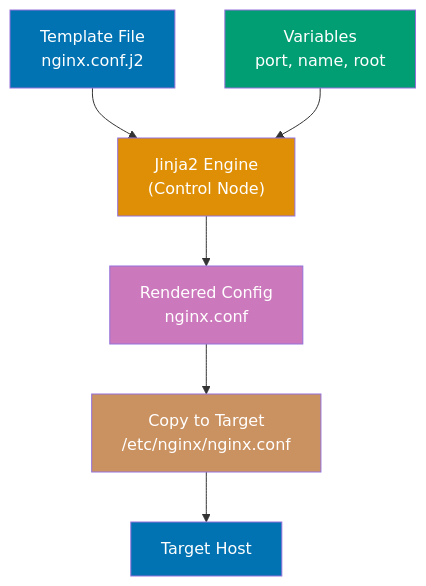
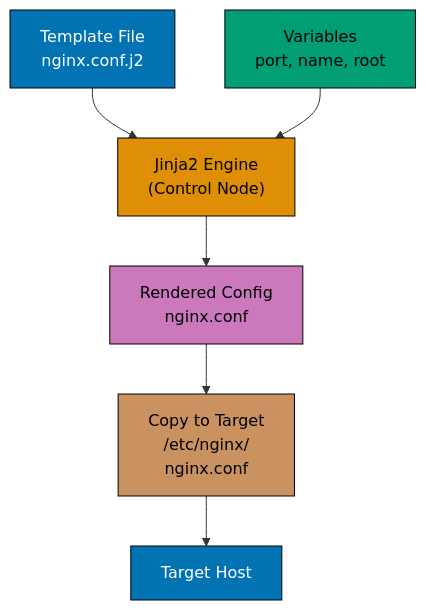
One commit to wahidyankf/ose-public changed the fifth of 8 diagrams in apps/ayokoding-www/content/en/learn/legacy/software-engineering/infrastructure/tools/ansible/by-example/beginner.md. Above: the diagram before and after it, drawn with Mermaid. The commit also changed other lines of this file and 131 other files, not shown here.

First line of the commit message:
fix(mermaid): bring the legacy data, infrastructure, and testing diagrams onto the accessible palette

````diff
--- a/apps/ayokoding-www/content/en/learn/legacy/software-engineering/infrastructure/tools/ansible/by-example/beginner.md
+++ b/apps/ayokoding-www/content/en/learn/legacy/software-engineering/infrastructure/tools/ansible/by-example/beginner.md
@@ -1406,16 +1437,24 @@
 ```mermaid
 %% Color Palette: Blue #0173B2, Orange #DE8F05, Teal #029E73, Purple #CC78BC, Brown #CA9161
 graph TD
+ accTitle: Example 14: Template Module with Jinja2
+ accDescr: Graph with 6 nodes and 5 connections. Nodes: Template File nginx.conf.j2, Jinja2 Engine 40Control Node41, Variables port, name, root, Rendered Config nginx.conf, Copy to Target /etc/nginx/ nginx.conf, Target Host. Connections: Template File nginx.conf.j2 to Jinja2 Engine 40Control Node41, Variables port, name, root to Jinja2 Engine 40Control Node41, Jinja2 Engine 40Control Node41 to Rendered Config nginx.conf, Rendered Config nginx.conf to Copy to Target /etc/nginx/ nginx.conf, Copy to Target /etc/nginx/ nginx.conf to Target Host.
  A["Template File<br/>nginx.conf.j2"] --> B["Jinja2 Engine<br/>#40;Control Node#41;"]
  C["Variables<br/>port, name, root"] --> B
  B --> D["Rendered Config<br/>nginx.conf"]
- D --> E["Copy to Target<br/>/etc/nginx/nginx.conf"]
+ D --> E["Copy to Target<br/>/etc/nginx/<br/>nginx.conf"]
  E --> F["Target Host"]
 
- style A fill:#0173B2,color:#fff
- style B fill:#DE8F05,color:#fff
- style C fill:#029E73,color:#fff
- style D fill:#CC78BC,color:#fff
- style E fill:#CA9161,color:#fff
- style F fill:#0173B2,color:#fff
+ classDef pal-0173B2 fill:#0173B2,stroke:#000000,color:#FFFFFF
+ class A pal-0173B2
+ classDef pal-DE8F05 fill:#DE8F05,stroke:#000000,color:#000000
+ class B pal-DE8F05
+ classDef pal-029E73 fill:#029E73,stroke:#000000,color:#000000
+ class C pal-029E73
+ classDef pal-CC78BC fill:#CC78BC,stroke:#000000,color:#000000
+ class D pal-CC78BC
+ classDef pal-CA9161 fill:#CA9161,stroke:#000000,color:#000000
+ class E pal-CA9161
+ class F pal-0173B2
+ classDef default fill:#FFFFFF,stroke:#000000,color:#000000
 ```
````
